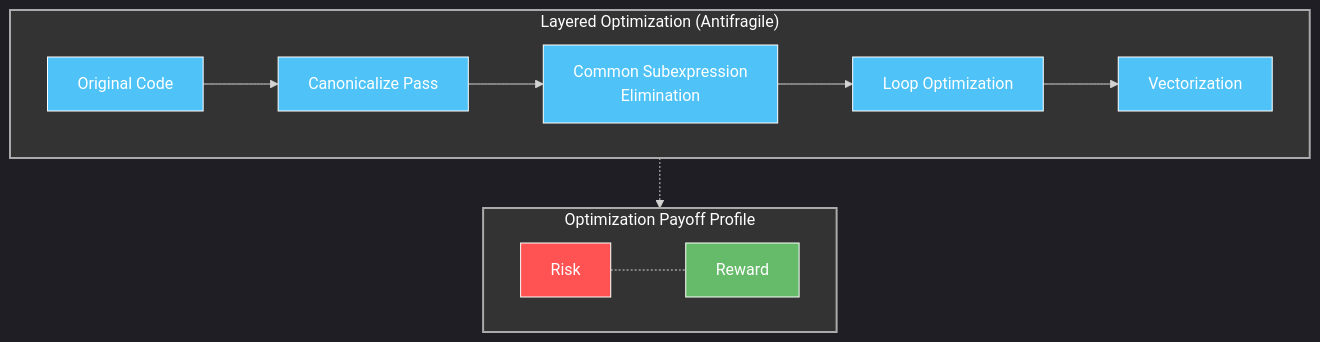
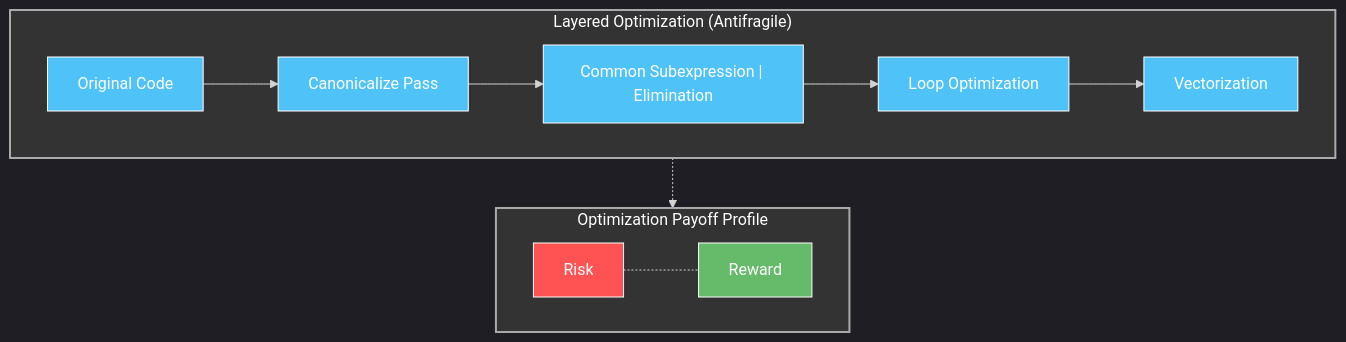
The seventh of 12 diagrams in 06 Fidelity framework Beyond Resilience.md (houstonhaynes/AD4SDocs), drawn with Mermaid before and after one commit. The commit also changed other lines of this file and 4 other files, not shown here.

Commit message:
Fix mermaid diagrams

````diff
--- a/06 Fidelity framework Beyond Resilience.md
+++ b/06 Fidelity framework Beyond Resilience.md
@@ -509,37 +509,37 @@
 ```mermaid
 %%{init: {'theme': 'dark', 'themeVariables': { 'primaryColor': '#242424', 'primaryTextColor': '#fff', 'primaryBorderColor': '#888', 'lineColor': '#d3d3d3', 'secondaryColor': '#2b2b2b', 'tertiaryColor': '#333' }}}%%
 flowchart TB
     subgraph LayeredOpt["Layered Optimization (Antifragile)"]
         Original["Original Code"]
         Canonicalize["Canonicalize Pass"]
-        CSE["Common Subexpression\nElimination"]
+        CSE["Common Subexpression | Elimination"]
         LoopOpt["Loop Optimization"]
         Vectorize["Vectorization"]
         
         Original --> Canonicalize
         Canonicalize --> CSE
         CSE --> LoopOpt
         LoopOpt --> Vectorize
     end
     
     subgraph Payoff["Optimization Payoff Profile"]
         direction LR
         Risk["Risk"]
         Reward["Reward"]
         
         Risk -.- Reward
         
         style Risk fill:#FF5252,stroke:#fff,stroke-width:1px,color:#fff
         style Reward fill:#66BB6A,stroke:#fff,stroke-width:1px,color:#fff
     end
     
     LayeredOpt -.-> Payoff
     
     style LayeredOpt fill:#333,stroke:#aaa,stroke-width:2px,color:#fff
     style Payoff fill:#333,stroke:#aaa,stroke-width:2px,color:#fff
     style Original fill:#4FC3F7,stroke:#fff,stroke-width:1px,color:#fff
     style Canonicalize fill:#4FC3F7,stroke:#fff,stroke-width:1px,color:#fff
     style CSE fill:#4FC3F7,stroke:#fff,stroke-width:1px,color:#fff
     style LoopOpt fill:#4FC3F7,stroke:#fff,stroke-width:1px,color:#fff
     style Vectorize fill:#4FC3F7,stroke:#fff,stroke-width:1px,color:#fff
 ```
````
